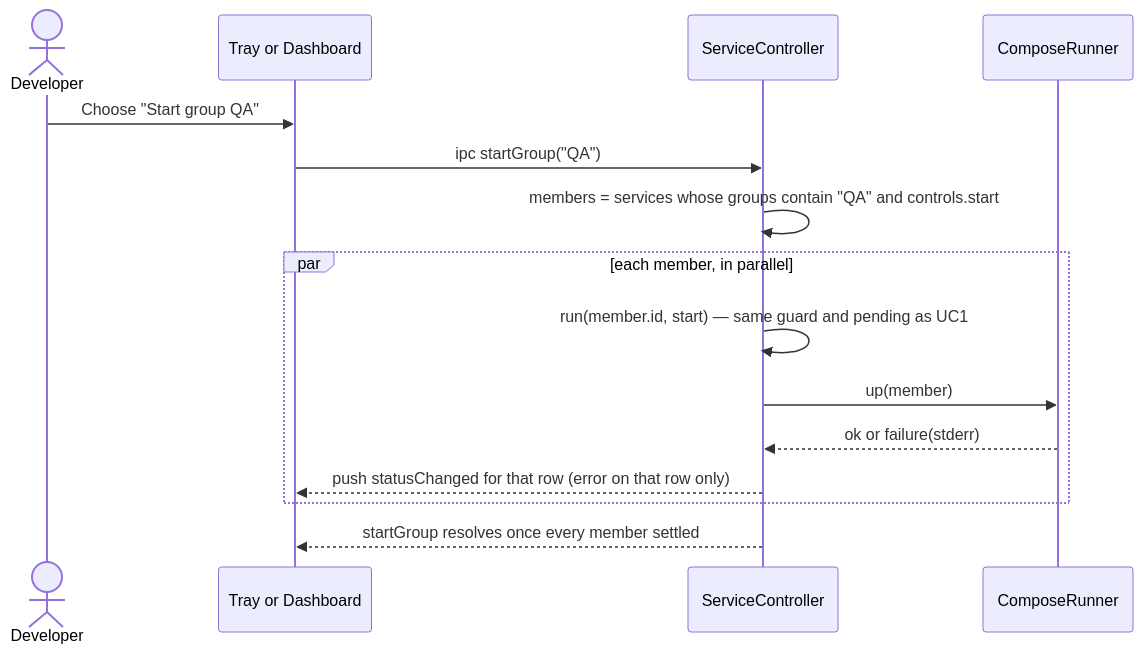
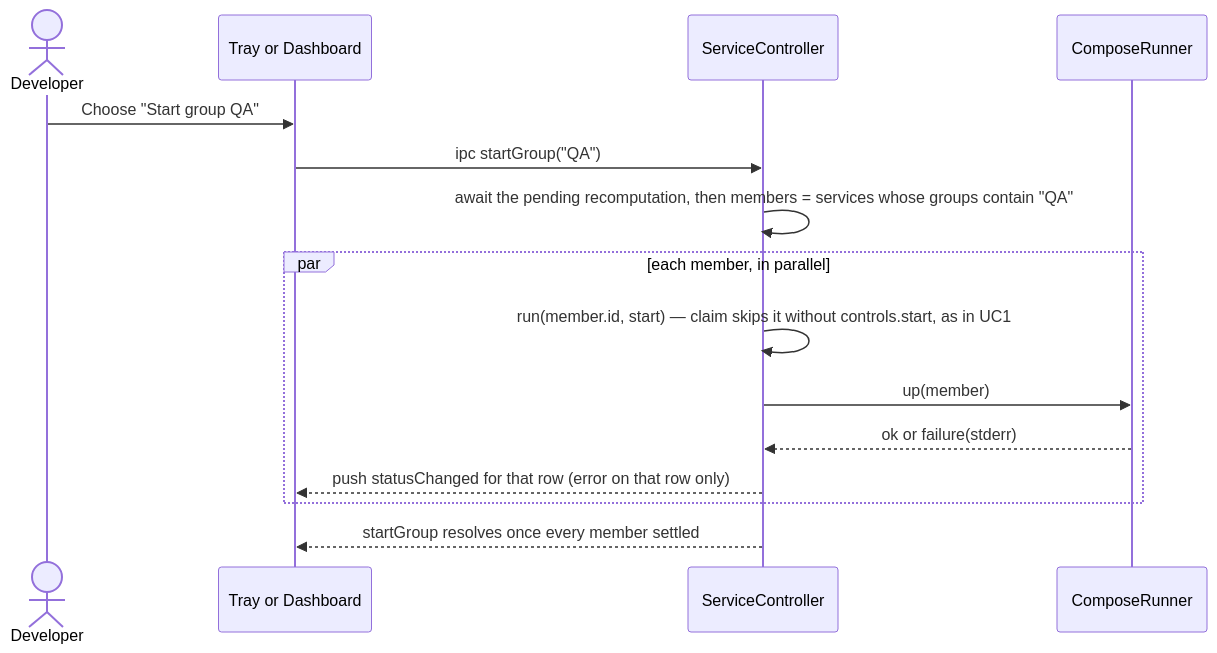
The diagram in docs/architecture/diagrams/groups/02-sequence-start-group.md (benoit-bremaud/dock-n-roll), drawn with Mermaid before and after one commit. The commit also changed other lines of this file and 11 other files, not shown here.

First line of the commit message:
fix(groups): read members after the pending recomputation; review fixes

````diff
--- a/docs/architecture/diagrams/groups/02-sequence-start-group.md
+++ b/docs/architecture/diagrams/groups/02-sequence-start-group.md
@@ -13,18 +13,18 @@
 ```mermaid
 sequenceDiagram
   actor Dev as Developer
   participant UI as Tray or Dashboard
   participant SC as ServiceController
   participant CR as ComposeRunner
 
   Dev->>UI: Choose "Start group QA"
   UI->>SC: ipc startGroup("QA")
-  SC->>SC: members = services whose groups contain "QA" and controls.start
+  SC->>SC: await the pending recomputation, then members = services whose groups contain "QA"
   par each member, in parallel
-    SC->>SC: run(member.id, start) — same guard and pending as UC1
+    SC->>SC: run(member.id, start) — claim skips it without controls.start, as in UC1
     SC->>CR: up(member)
     CR-->>SC: ok or failure(stderr)
     SC-->>UI: push statusChanged for that row (error on that row only)
   end
   SC-->>UI: startGroup resolves once every member settled
 ```
````
